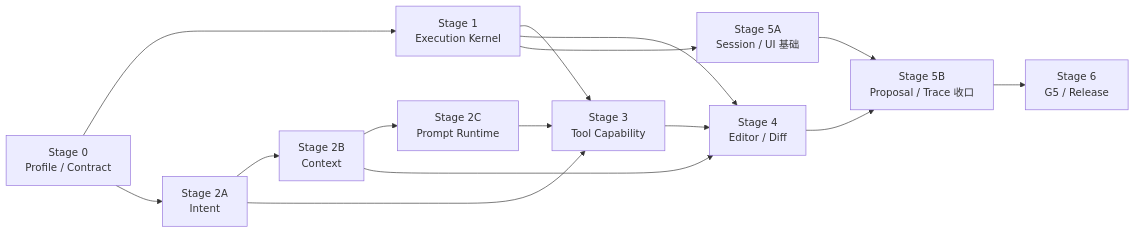
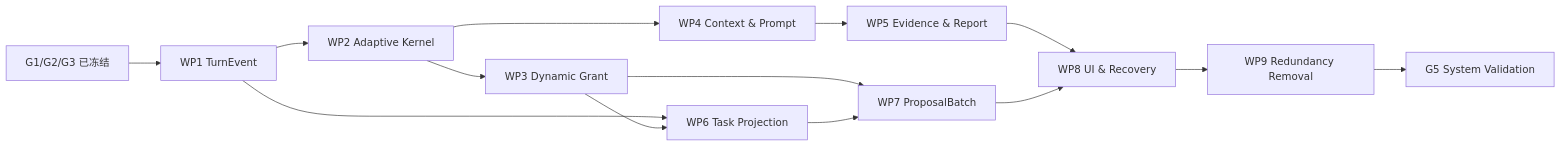
One commit to adu-chen/binder-desktop changed the diagram in docs/01_modules/AG/A-AG-X-L-04_代理1.0开发与验证计划.md. Above: the diagram before and after it, drawn with Mermaid. The commit also changed other lines of this file and 4 other files, not shown here.

Commit message:
docs(agent): align adaptive runtime execution plan

````diff
--- a/docs/01_modules/AG/A-AG-X-L-04_代理1.0开发与验证计划.md
+++ b/docs/01_modules/AG/A-AG-X-L-04_代理1.0开发与验证计划.md
@@ -67,17 +91,16 @@
 ```mermaid
 flowchart LR
-    P0["Stage 0<br/>Profile / Contract"] --> E["Stage 1<br/>Execution Kernel"]
-    P0 --> I["Stage 2A<br/>Intent"]
-    I --> C["Stage 2B<br/>Context"]
-    C --> P["Stage 2C<br/>Prompt Runtime"]
-    E --> T["Stage 3<br/>Tool Capability"]
-    I --> T
-    P --> T
-    T --> D["Stage 4<br/>Editor / Diff"]
-    C --> D
-    E --> D
-    E --> S["Stage 5A<br/>Session / UI 基础"]
-    D --> S2["Stage 5B<br/>Proposal / Trace 收口"]
-    S --> S2
-    S2 --> G["Stage 6<br/>G5 / Release"]
+  G["G1/G2/G3 已冻结"] --> W1["WP1 TurnEvent"]
+  W1 --> W2["WP2 Adaptive Kernel"]
+  W2 --> W3["WP3 Dynamic Grant"]
+  W2 --> W4["WP4 Context & Prompt"]
+  W4 --> W5["WP5 Evidence & Report"]
+  W1 --> W6["WP6 Task Projection"]
+  W3 --> W6
+  W3 --> W7["WP7 ProposalBatch"]
+  W6 --> W7
+  W5 --> W8["WP8 UI & Recovery"]
+  W7 --> W8
+  W8 --> W9["WP9 Redundancy Removal"]
+  W9 --> G5["G5 System Validation"]
 ```
````
